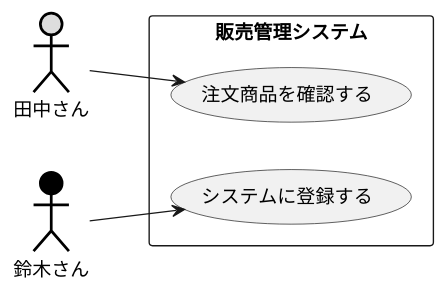
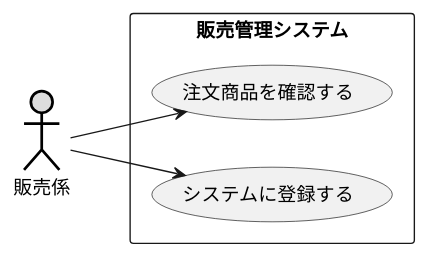
The diagram in 演習2-5_盛岡商事_販売管理システム.pu (Aishin12/uml_introduction), drawn with PlantUML before and after one commit. The commit also changed 1 other file, not shown here.

```diff
--- a/演習2-5_盛岡商事_販売管理システム.pu
+++ b/演習2-5_盛岡商事_販売管理システム.pu
@@ -1,12 +1,12 @@
 @startuml 盛岡商事_販売管理システム
 left to right direction
 
-actor 田中さん#DDDDDD;line:black;line.bold;
-actor 鈴木さん#000000;line:black;line.bold;
+actor 販売係#DDDDDD;line:black;line.bold;
+
 rectangle 販売管理システム{
     usecase 注文商品を確認する
     usecase システムに登録する
 }
-田中さん --> 注文商品を確認する
-鈴木さん --> システムに登録する
+販売係 --> 注文商品を確認する
+販売係 --> システムに登録する
 @enduml
```
